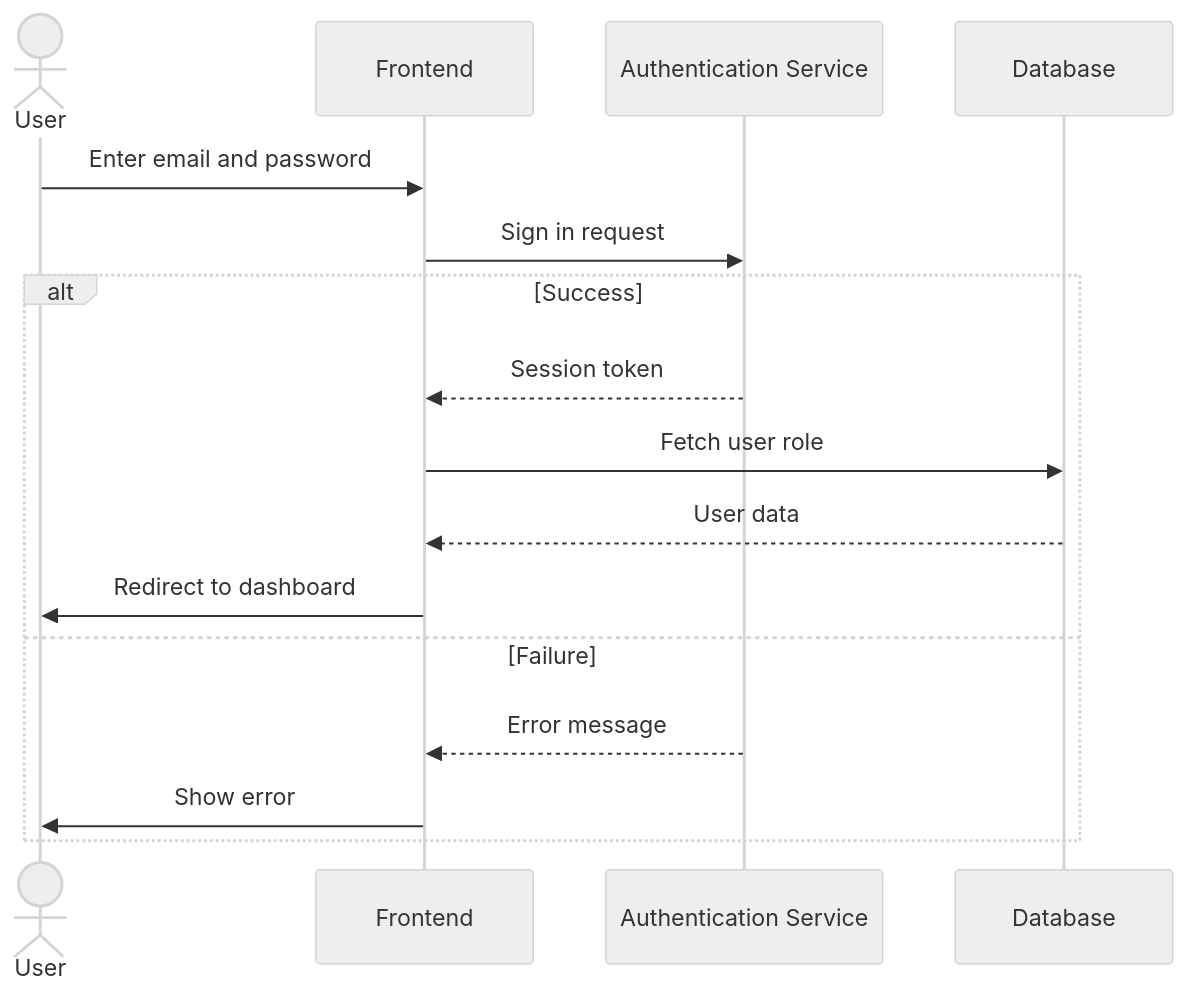
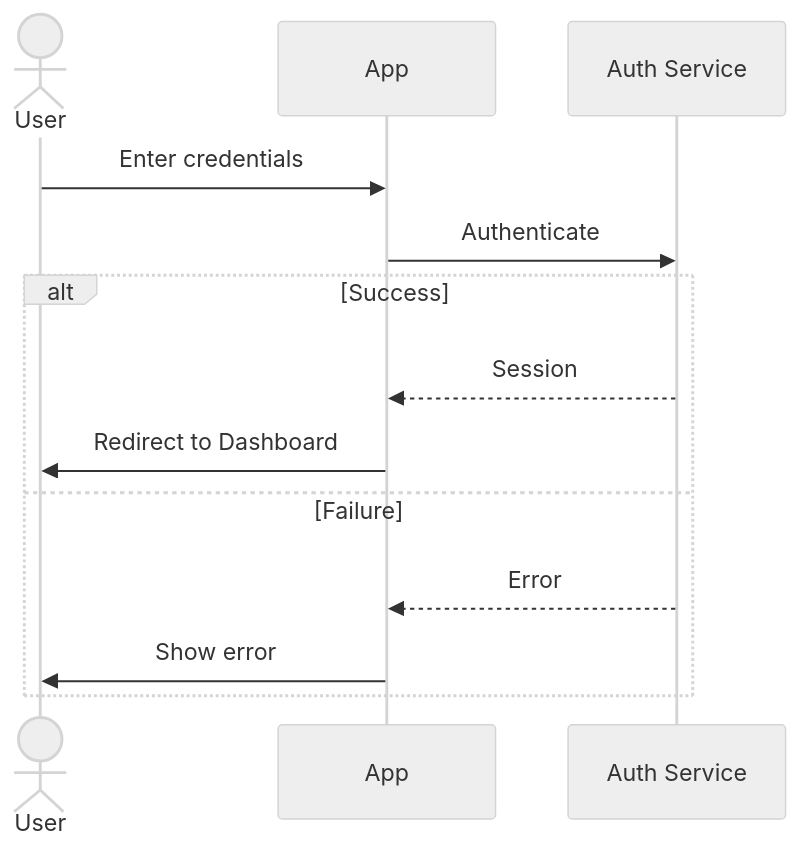
One commit to Andy-Alferdo/reddit-sleuth-forensics-web changed the second of 3 diagrams in diagrams/sequence-diagram.md. Above: the diagram before and after it, drawn with Mermaid (neutral theme). The commit also changed other lines of this file and 4 other files, not shown here.

````diff
--- a/diagrams/sequence-diagram.md
+++ b/diagrams/sequence-diagram.md
@@ -73,20 +22,16 @@
 ```mermaid
 sequenceDiagram
     actor User
-    participant Frontend
-    participant Auth as Authentication Service
-    participant DB as Database
+    participant App
+    participant Auth as Auth Service
     
-    User->>Frontend: Enter email and password
-    Frontend->>Auth: Sign in request
-    
+    User->>App: Enter credentials
+    App->>Auth: Authenticate
     alt Success
-        Auth-->>Frontend: Session token
-        Frontend->>DB: Fetch user role
-        DB-->>Frontend: User data
-        Frontend->>User: Redirect to dashboard
+        Auth-->>App: Session
+        App->>User: Redirect to Dashboard
     else Failure
-        Auth-->>Frontend: Error message
-        Frontend->>User: Show error
+        Auth-->>App: Error
+        App->>User: Show error
     end
 ```
````
